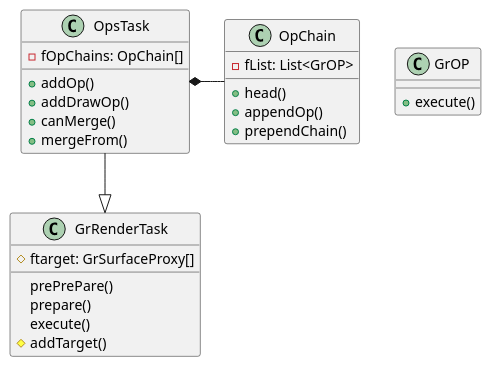
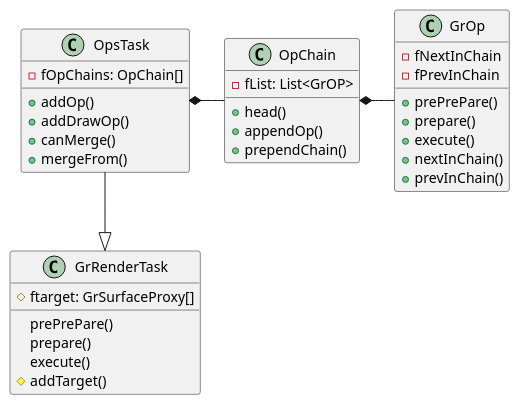
The diagram in skia/class/opTask.puml (liuyanxing/note), drawn with PlantUML before and after one commit.

```diff
--- a/skia/class/opTask.puml
+++ b/skia/class/opTask.puml
@@ -2,32 +2,40 @@
 @startuml emitAndInstallProcs
 class OpsTask {
 	+addOp()
 	+addDrawOp()
 	+canMerge()
 	+mergeFrom()
 	-fOpChains: OpChain[]
 }
 
 OpsTask *- OpChain
 
 class GrRenderTask {
 	prePrePare()
 	prepare()
 	execute()
 	#ftarget: GrSurfaceProxy[]
 	#addTarget()
 }
 
 class OpChain {
 	+head()
 	+appendOp()
 	+prependChain()
 	-fList: List<GrOP>
 }
 
-class GrOP {
+class GrOp {
+	-fNextInChain
+	-fPrevInChain
+	+prePrePare()
+	+prepare()
 	+execute()
+	+nextInChain()
+	+prevInChain()
 }
+
+OpChain *- GrOp
 
 OpsTask --|> GrRenderTask
 @enduml
```
